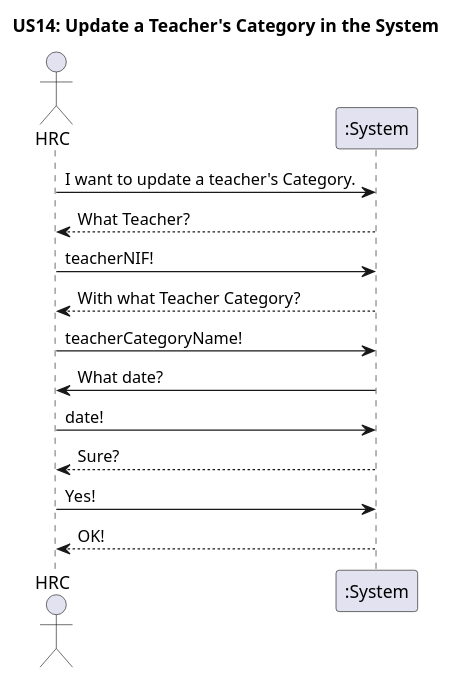
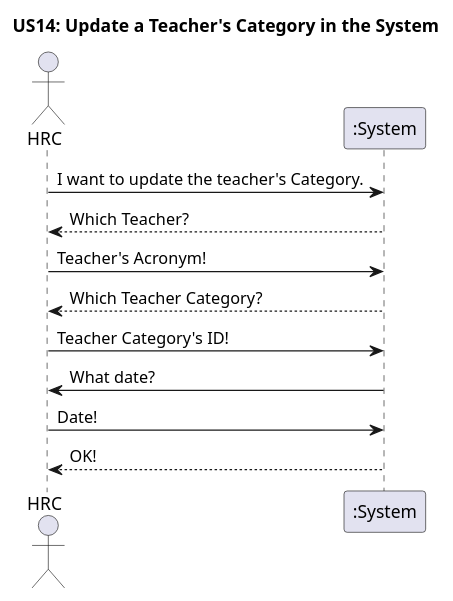
One commit to GasparISEP/DevOps-PAI changed the diagram in docs/US14/US14-SSD.puml. Above: the diagram before and after it, drawn with PlantUML. The commit also changed 2 other files, not shown here.

Commit message:
Corrections to US14's Sequence and Class Diagrams, closes #49

```diff
--- a/docs/US14/US14-SSD.puml
+++ b/docs/US14/US14-SSD.puml
@@ -1,15 +1,14 @@
 @startuml
 title US14: Update a Teacher's Category in the System
 actor HRC
 participant ":System" as system
-HRC -> system: I want to update a teacher's Category.
-system --> HRC: What Teacher?
-HRC -> system: teacherNIF!
-system --> HRC: With what Teacher Category?
-HRC -> system: teacherCategoryName!
+HRC -> system: I want to update the teacher's Category.
+system --> HRC: Which Teacher?
+HRC -> system: Teacher's Acronym!
+system --> HRC: Which Teacher Category?
+HRC -> system: Teacher Category's ID!
 system -> HRC: What date?
-HRC -> system: date!
-system --> HRC: Sure?
-HRC -> system: Yes!
+HRC -> system: Date!
+
 system --> HRC: OK!
 @enduml
```
